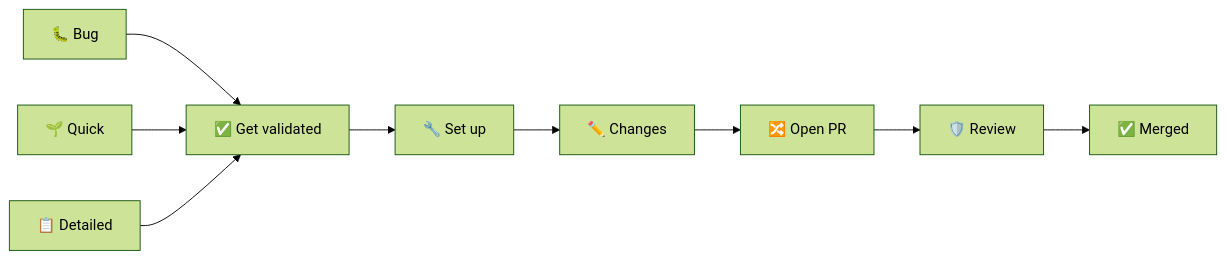
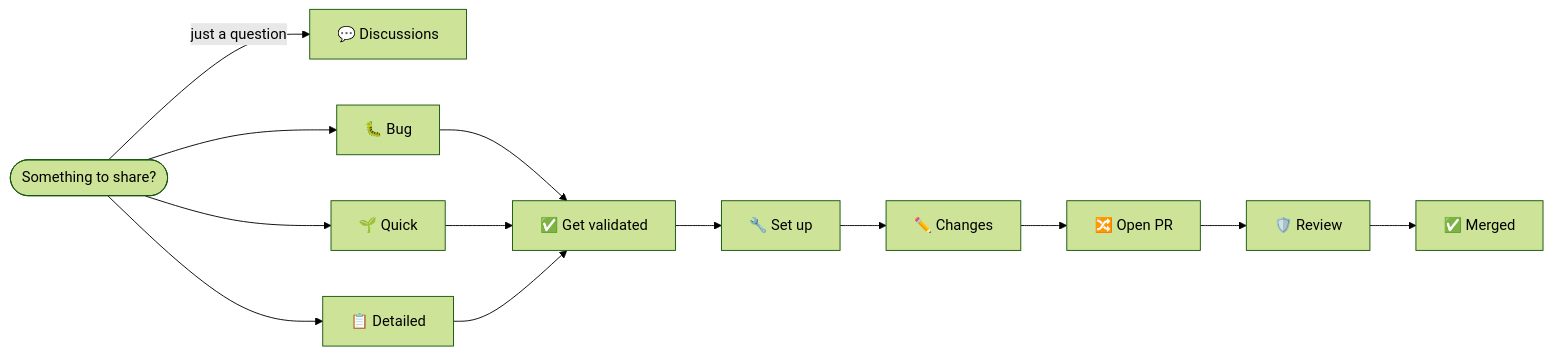
One commit to ai-driven-dev/aidd-framework changed the diagram in CONTRIBUTING.md. Above: the diagram before and after it, drawn with Mermaid (forest theme). The commit also changed other lines of this file, not shown here.

Commit message:
docs(framework): show the discussion-vs-issue fork in the mermaid itself
The question/exchange vs bug/improvement/feature split was only in
prose above the diagram. Added a Start node that branches to
Discussions or the three issue templates, so the diagram carries the
fork instead of the sentence above it.

````diff
--- a/CONTRIBUTING.md
+++ b/CONTRIBUTING.md
@@ -9,7 +7,11 @@
 ```mermaid
 flowchart LR
-    Bug["🐛 Bug"] --> Validate["✅ Get validated"]
-    Quick["🌱 Quick"] --> Validate
-    Detailed["📋 Detailed"] --> Validate
+    Start(["Something to share?"]) -->|"just a question"| Discussion["💬 Discussions"]
+    Start --> Bug["🐛 Bug"]
+    Start --> Quick["🌱 Quick"]
+    Start --> Detailed["📋 Detailed"]
+    Bug --> Validate["✅ Get validated"]
+    Quick --> Validate
+    Detailed --> Validate
     Validate --> Setup["🔧 Set up"] --> Changes["✏️ Changes"] --> PR["🔀 Open PR"] --> Review["🛡️ Review"] --> Merge["✅ Merged"]
 ```
````
